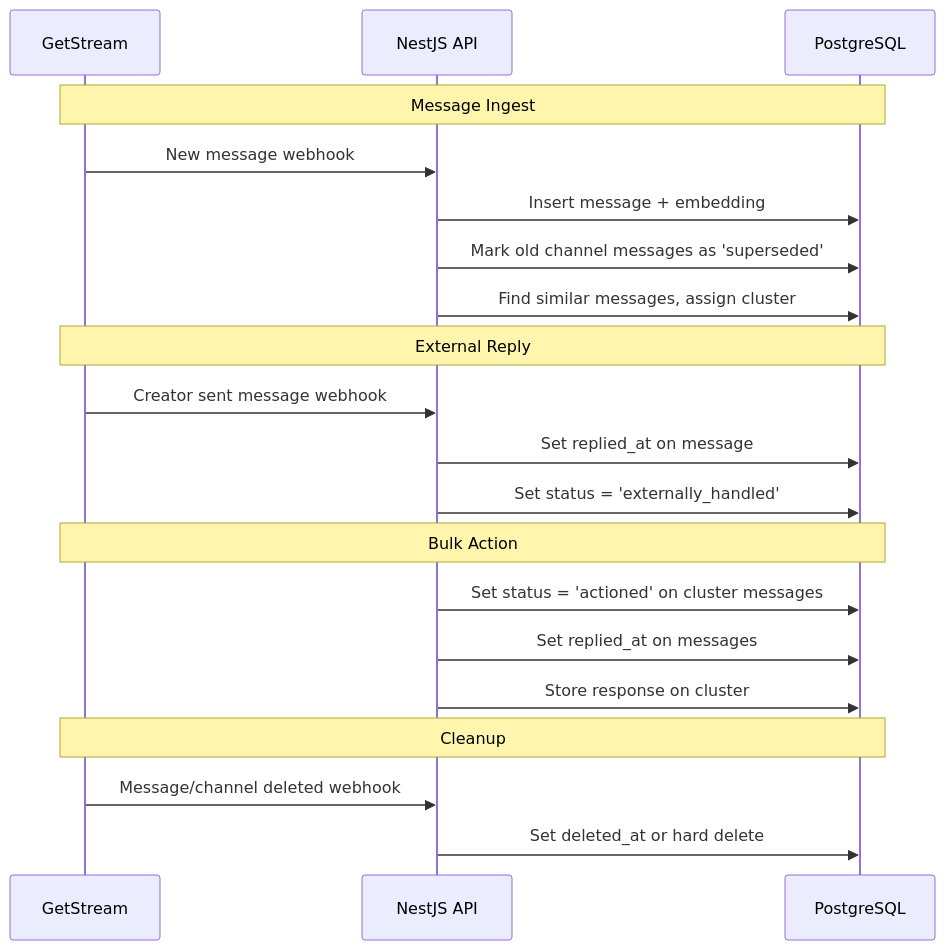
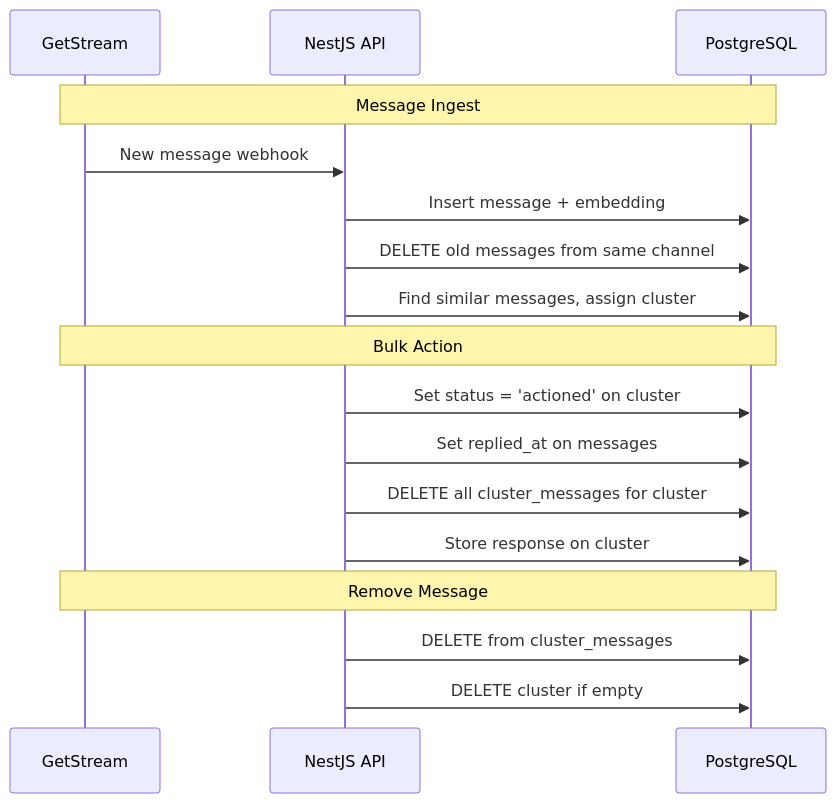
Before and after one commit to k-sav/message-similarity-clustering: the diagram in PLAN.md, drawn with Mermaid. The commit also changed other lines of this file and 2 other files, not shown here.

````diff
--- a/PLAN.md
+++ b/PLAN.md
@@ -200,26 +161,22 @@
 ```mermaid
 sequenceDiagram
     participant Stream as GetStream
     participant API as NestJS API
     participant DB as PostgreSQL
 
     Note over Stream,DB: Message Ingest
     Stream->>API: New message webhook
     API->>DB: Insert message + embedding
-    API->>DB: Mark old channel messages as 'superseded'
+    API->>DB: DELETE old messages from same channel
     API->>DB: Find similar messages, assign cluster
 
-    Note over Stream,DB: External Reply
-    Stream->>API: Creator sent message webhook
-    API->>DB: Set replied_at on message
-    API->>DB: Set status = 'externally_handled'
-
     Note over Stream,DB: Bulk Action
-    API->>DB: Set status = 'actioned' on cluster messages
+    API->>DB: Set status = 'actioned' on cluster
     API->>DB: Set replied_at on messages
+    API->>DB: DELETE all cluster_messages for cluster
     API->>DB: Store response on cluster
 
-    Note over Stream,DB: Cleanup
-    Stream->>API: Message/channel deleted webhook
-    API->>DB: Set deleted_at or hard delete
+    Note over Stream,DB: Remove Message
+    API->>DB: DELETE from cluster_messages
+    API->>DB: DELETE cluster if empty
 ```
````
